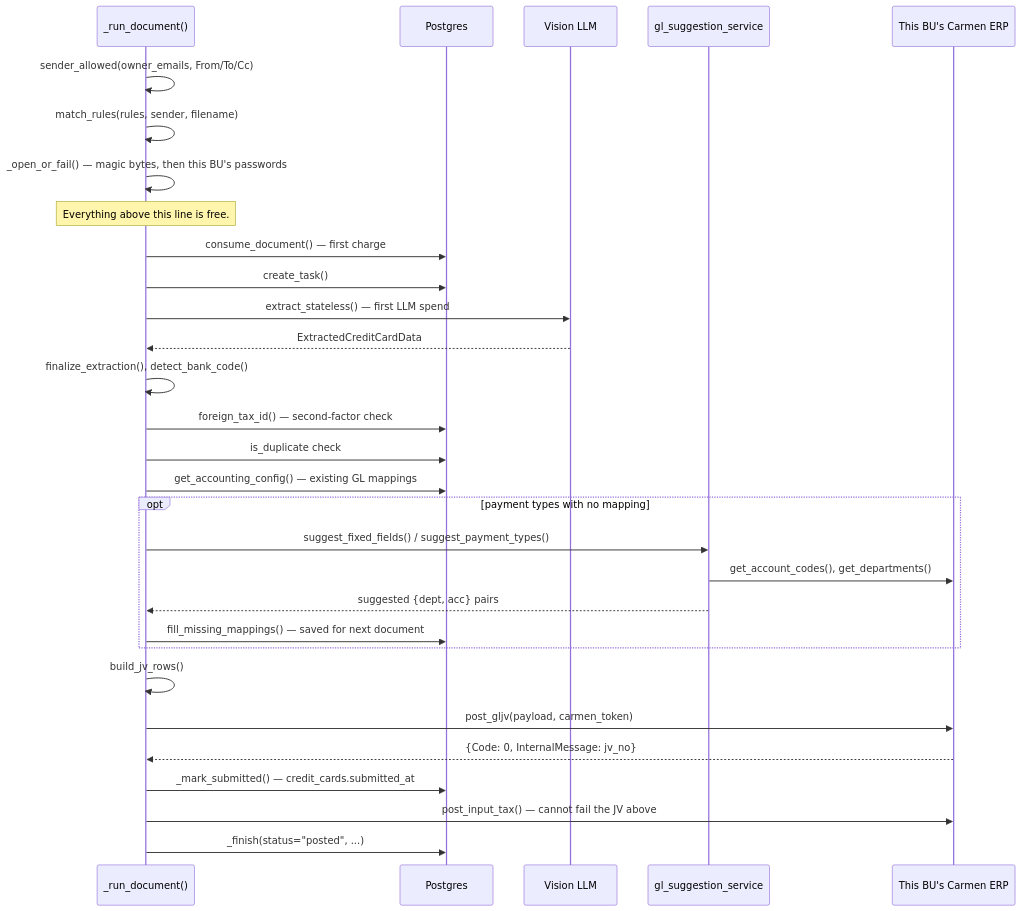
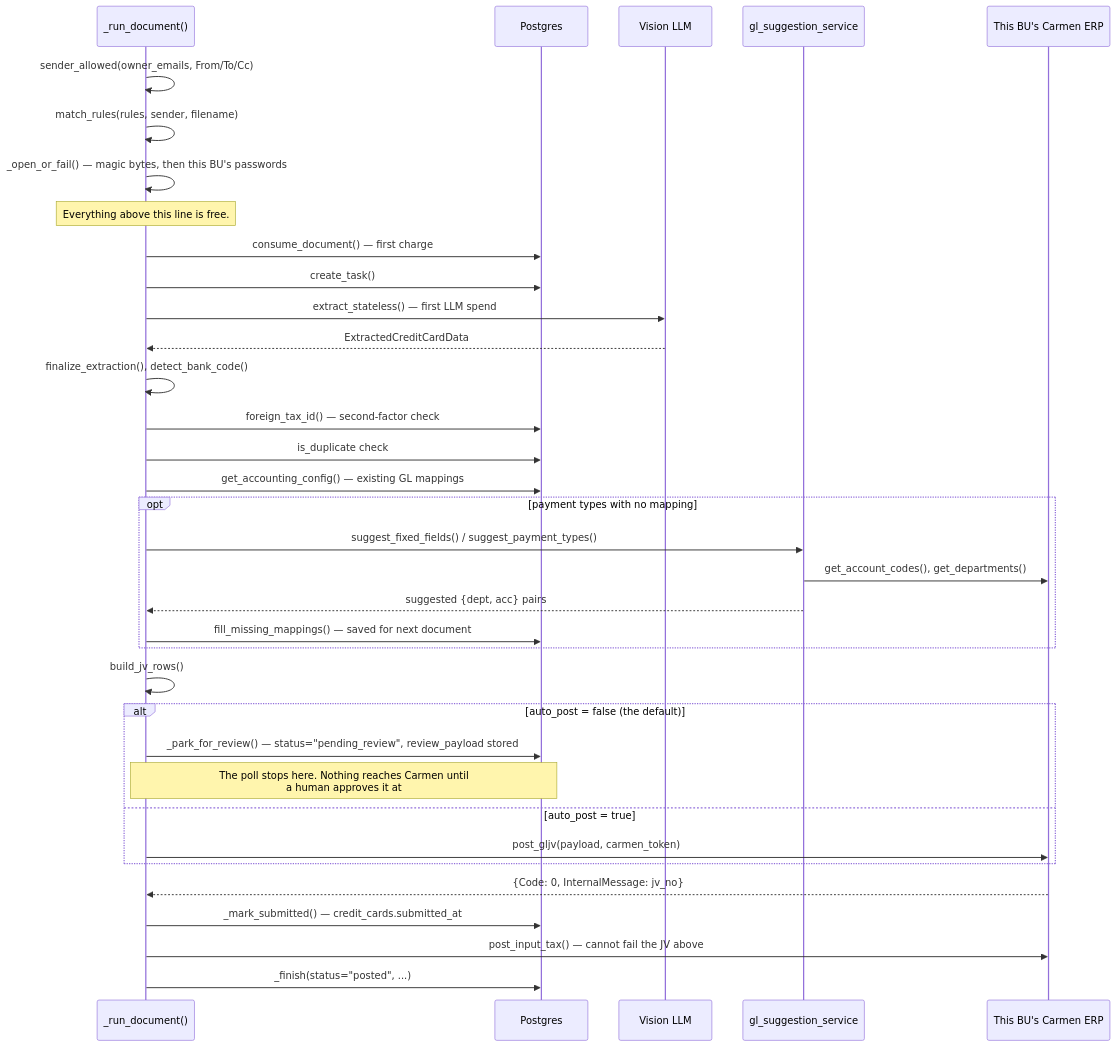
Before and after one commit to developer-carmensoftware/OCR: the sixth of 8 diagrams in docs/email-automation/02-architecture.md, drawn with Mermaid. The commit also changed other lines of this file and 9 other files, not shown here.

````diff
--- a/docs/email-automation/02-architecture.md
+++ b/docs/email-automation/02-architecture.md
@@ -186,33 +186,38 @@
 ```mermaid
 sequenceDiagram
     participant Ingest as _run_document()
     participant DB as Postgres
     participant Vision as Vision LLM
     participant GLSuggest as gl_suggestion_service
     participant Carmen as This BU's Carmen ERP
 
     Ingest->>Ingest: sender_allowed(owner_emails, From/To/Cc)
     Ingest->>Ingest: match_rules(rules, sender, filename)
     Ingest->>Ingest: _open_or_fail() — magic bytes, then this BU's passwords
     Note over Ingest: Everything above this line is free.
     Ingest->>DB: consume_document() — first charge
     Ingest->>DB: create_task()
     Ingest->>Vision: extract_stateless() — first LLM spend
     Vision-->>Ingest: ExtractedCreditCardData
     Ingest->>Ingest: finalize_extraction(), detect_bank_code()
     Ingest->>DB: foreign_tax_id() — second-factor check
     Ingest->>DB: is_duplicate check
     Ingest->>DB: get_accounting_config() — existing GL mappings
     opt payment types with no mapping
         Ingest->>GLSuggest: suggest_fixed_fields() / suggest_payment_types()
         GLSuggest->>Carmen: get_account_codes(), get_departments()
         GLSuggest-->>Ingest: suggested {dept, acc} pairs
         Ingest->>DB: fill_missing_mappings() — saved for next document
     end
     Ingest->>Ingest: build_jv_rows()
-    Ingest->>Carmen: post_gljv(payload, carmen_token)
+    alt auto_post = false (the default)
+        Ingest->>DB: _park_for_review() — status="pending_review", review_payload stored
+        Note over Ingest,DB: The poll stops here. Nothing reaches Carmen until<br/>a human approves it at #/CreditCardOCR.
+    else auto_post = true
+        Ingest->>Carmen: post_gljv(payload, carmen_token)
+    end
     Carmen-->>Ingest: {Code: 0, InternalMessage: jv_no}
     Ingest->>DB: _mark_submitted() — credit_cards.submitted_at
     Ingest->>Carmen: post_input_tax() — cannot fail the JV above
     Ingest->>DB: _finish(status="posted", ...)
 ```
````
